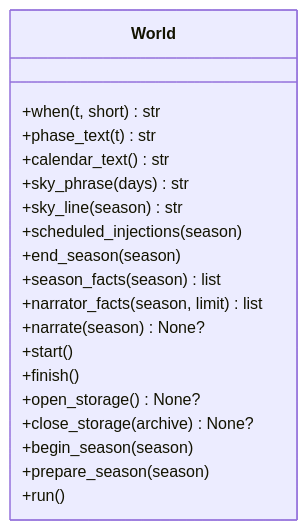
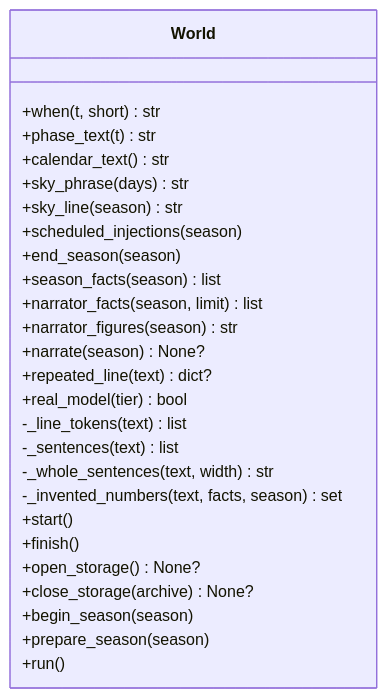
Before and after one commit to Romain-LM-Dev/Projet-Parcours---Filets-de-Vellmor: the eighth of 14 diagrams in docs/uml/classes-monde.md, drawn with Mermaid. The commit also changed other lines of this file and 16 other files, not shown here.

````diff
--- a/docs/uml/classes-monde.md
+++ b/docs/uml/classes-monde.md
@@ -343,22 +343,29 @@
 ```mermaid
 classDiagram
     class World {
         +when(t, short) str
         +phase_text(t) str
         +calendar_text() str
         +sky_phrase(days) str
         +sky_line(season) str
         +scheduled_injections(season)
         +end_season(season)
         +season_facts(season) list
         +narrator_facts(season, limit) list
+        +narrator_figures(season) str
         +narrate(season) None?
+        +repeated_line(text) dict?
+        +real_model(tier) bool
+        -_line_tokens(text) list
+        -_sentences(text) list
+        -_whole_sentences(text, width) str
+        -_invented_numbers(text, facts, season) set
         +start()
         +finish()
         +open_storage() None?
         +close_storage(archive) None?
         +begin_season(season)
         +prepare_season(season)
         +run()
     }
 ```
````
